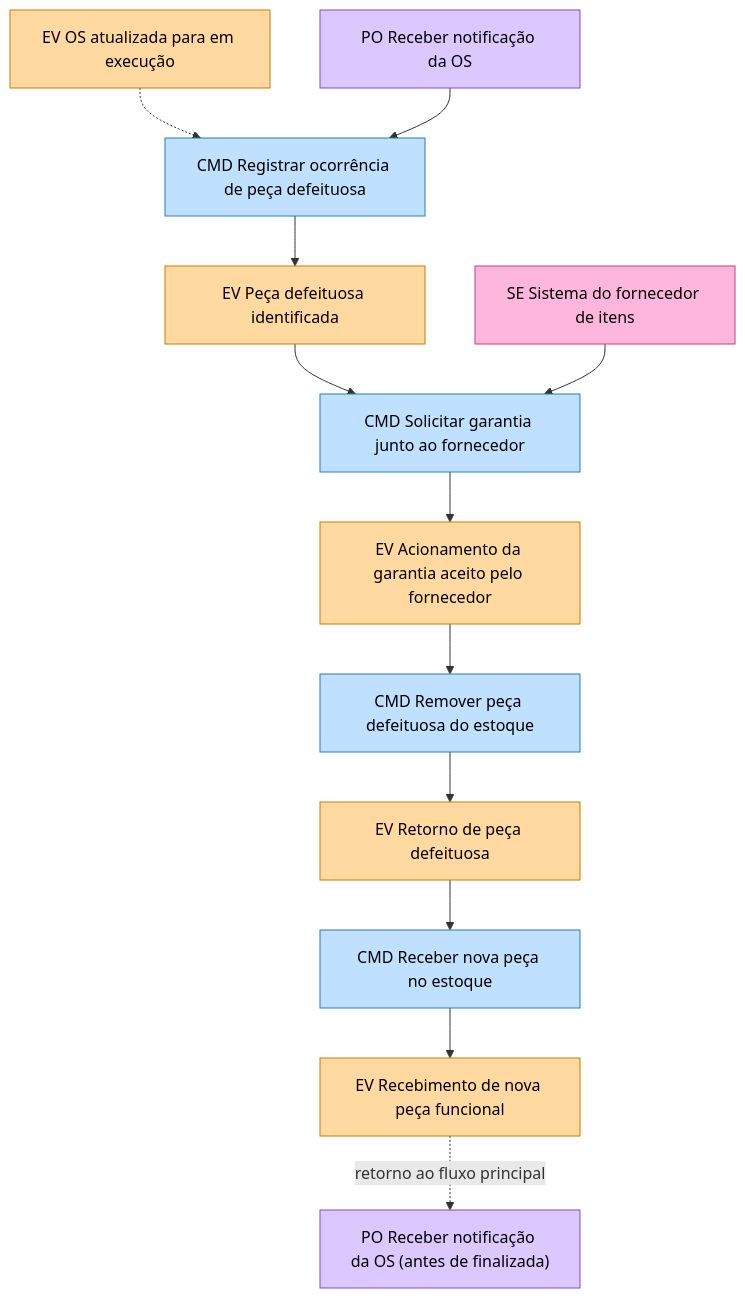
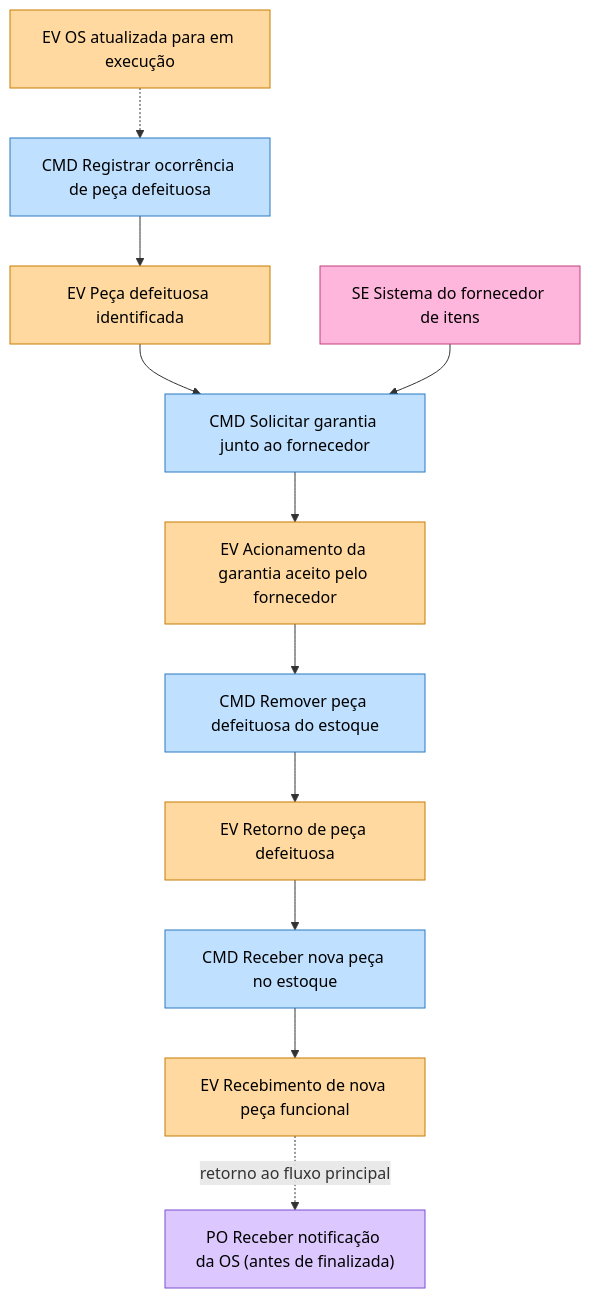
Before and after one commit to raffharah/tech-challenge-oficina: diagram 12 of 13 in docs/ddd/event-storming/fluxo-pecas-insumos.md, drawn with Mermaid. The commit also changed other lines of this file and 1 other file, not shown here.

````diff
--- a/docs/ddd/event-storming/fluxo-pecas-insumos.md
+++ b/docs/ddd/event-storming/fluxo-pecas-insumos.md
@@ -391,20 +393,19 @@
 ```mermaid
 flowchart TD
   E0["EV OS atualizada para em execução"] -.-> C1["CMD Registrar ocorrência de peça defeituosa"]
-  P0["PO Receber notificação da OS"] --> C1
   C1 --> E1["EV Peça defeituosa identificada"]
   E1 --> C2["CMD Solicitar garantia junto ao fornecedor"] --> E2["EV Acionamento da garantia aceito pelo fornecedor"]
   S["SE Sistema do fornecedor de itens"] --> C2
   E2 --> C3["CMD Remover peça defeituosa do estoque"] --> E3["EV Retorno de peça defeituosa"]
   E3 --> C4["CMD Receber nova peça no estoque"] --> E4["EV Recebimento de nova peça funcional"]
   E4 -.->|"retorno ao fluxo principal"| P1["PO Receber notificação da OS (antes de finalizada)"]
 
   classDef cmd fill:#bfe0ff,stroke:#2b78c2,color:#000
   classDef ev fill:#ffd9a0,stroke:#c77d00,color:#000
   classDef po fill:#dcc8ff,stroke:#7b4fd1,color:#000
   classDef se fill:#ffb6dc,stroke:#c2417c,color:#000
   class C1,C2,C3,C4 cmd
   class E0,E1,E2,E3,E4 ev
   class P0,P1 po
   class S se
 ```
````
